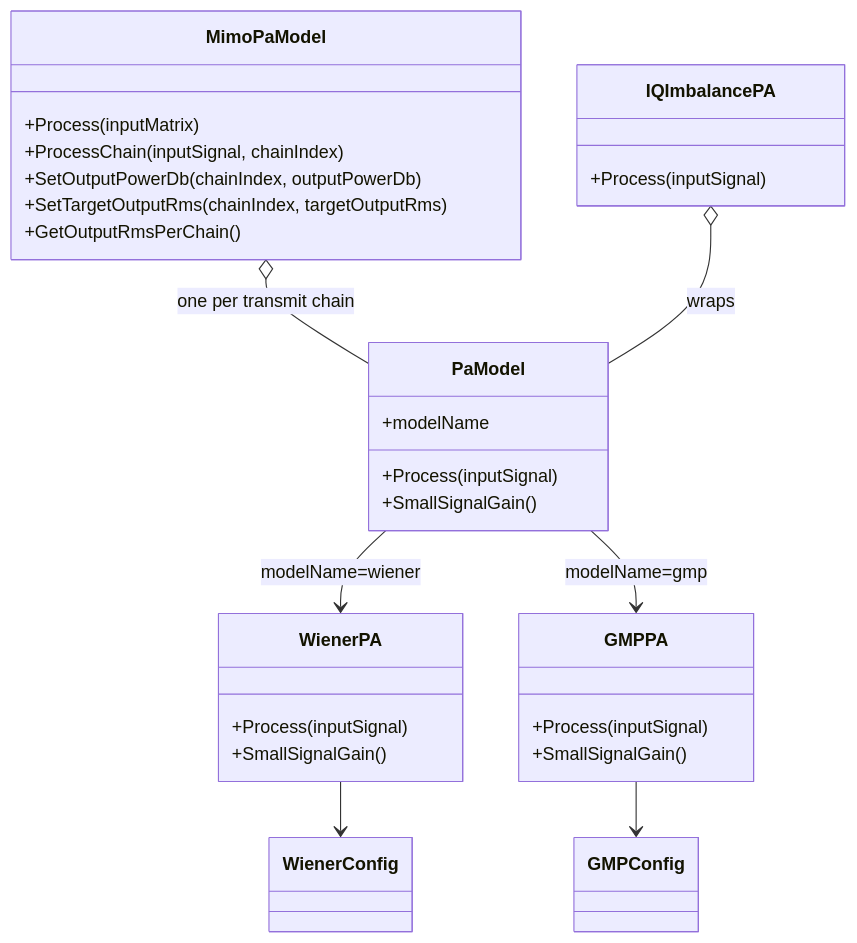
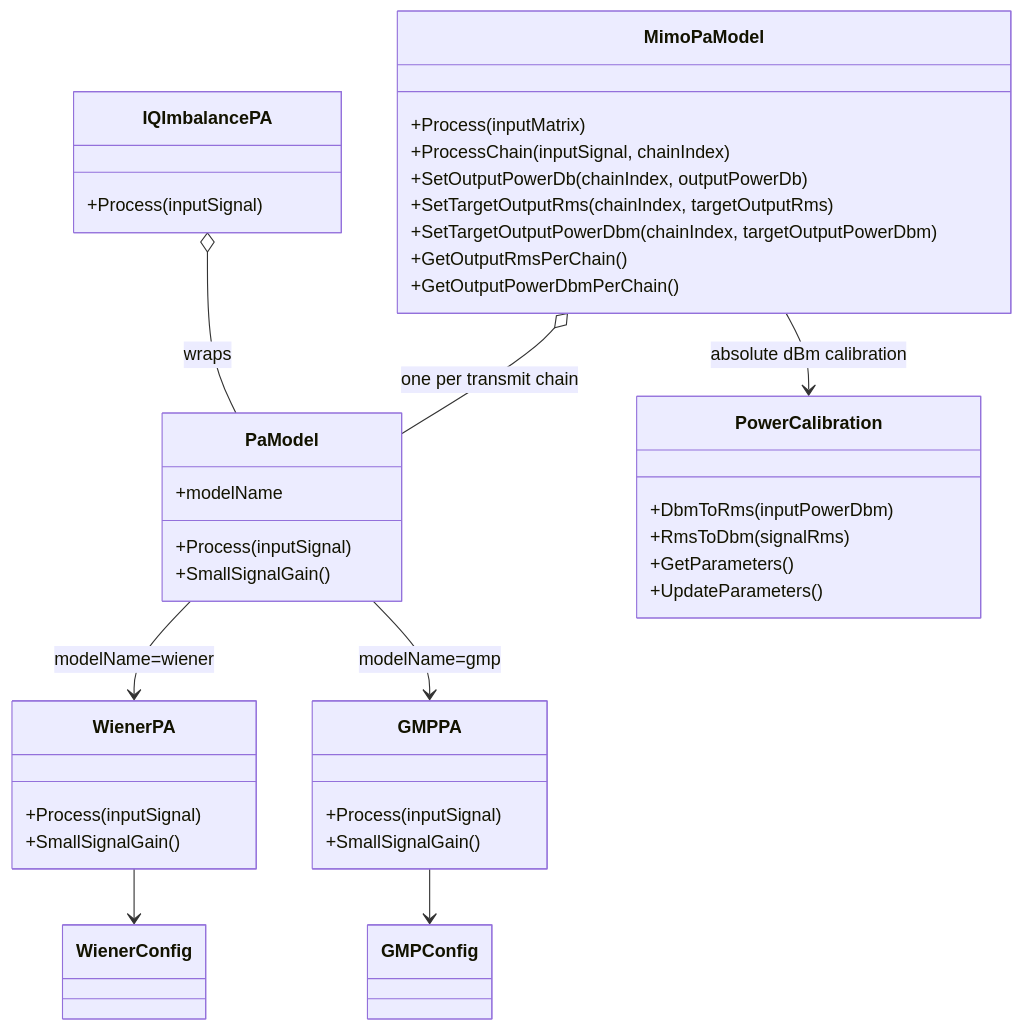
The sixth of 6 diagrams in doc/PaModel.md (niyilu45/DPD_ILC), drawn with Mermaid before and after one commit. The commit also changed other lines of this file and 15 other files, not shown here.

````diff
--- a/doc/PaModel.md
+++ b/doc/PaModel.md
@@ -636,34 +682,43 @@
 ```mermaid
 classDiagram
     class PaModel {
         +modelName
         +Process(inputSignal)
         +SmallSignalGain()
+    }
+    class PowerCalibration {
+        +DbmToRms(inputPowerDbm)
+        +RmsToDbm(signalRms)
+        +GetParameters()
+        +UpdateParameters()
     }
     class WienerConfig
     class WienerPA {
         +Process(inputSignal)
         +SmallSignalGain()
     }
     class GMPConfig
     class GMPPA {
         +Process(inputSignal)
         +SmallSignalGain()
     }
     class IQImbalancePA {
         +Process(inputSignal)
     }
     class MimoPaModel {
         +Process(inputMatrix)
         +ProcessChain(inputSignal, chainIndex)
         +SetOutputPowerDb(chainIndex, outputPowerDb)
         +SetTargetOutputRms(chainIndex, targetOutputRms)
+        +SetTargetOutputPowerDbm(chainIndex, targetOutputPowerDbm)
         +GetOutputRmsPerChain()
+        +GetOutputPowerDbmPerChain()
     }
     MimoPaModel o-- PaModel : one per transmit chain
+    MimoPaModel --> PowerCalibration : absolute dBm calibration
     PaModel --> WienerPA : modelName=wiener
     PaModel --> GMPPA : modelName=gmp
     WienerPA --> WienerConfig
     GMPPA --> GMPConfig
     IQImbalancePA o-- PaModel : wraps
 ```
````
